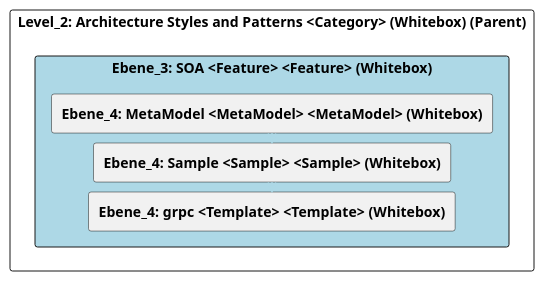
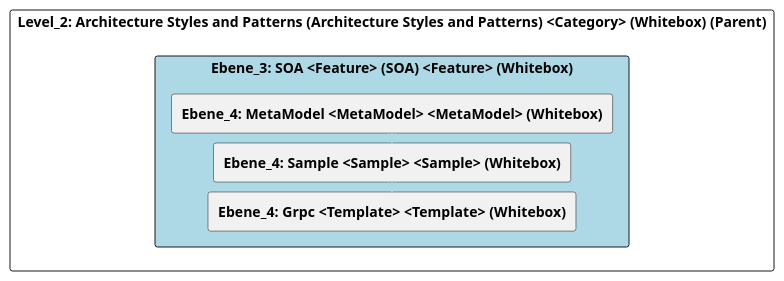
Before and after one commit to marcozwyssig/cleon: the diagram in doc/cleonproject_deliverables_architecture_model_architecture/adoc/de/05_bausteinsicht/cleon/architecture_styles_and_patterns/soa/ebene_3_soa.adoc, drawn with PlantUML. The commit also changed other lines of this file and 166 other files, not shown here.

```diff
--- a/doc/cleonproject_deliverables_architecture_model_architecture/adoc/de/05_bausteinsicht/cleon/architecture_styles_and_patterns/soa/ebene_3_soa.adoc
+++ b/doc/cleonproject_deliverables_architecture_model_architecture/adoc/de/05_bausteinsicht/cleon/architecture_styles_and_patterns/soa/ebene_3_soa.adoc
@@ -20,30 +20,30 @@
-[plantuml, Ebene_3: SOA <Feature> <Feature> (Whitebox)BlockOverview, format="svg"]
+[plantuml, Ebene_3: SOA <Feature> (SOA) <Feature> (Whitebox)BlockOverview, format="svg"]
 ----
-@startuml Ebene_3: SOA <Feature> <Feature> (Whitebox)BuildingBlockOverview
+@startuml Ebene_3: SOA <Feature> (SOA) <Feature> (Whitebox)BuildingBlockOverview
 
 skinparam ranksep 10
 skinparam componentStyle rectangle
 skinparam shadowing false
 skinparam arrowColor lightblue
 skinparam arrowThickness 1.2
 skinparam rectangle {
   BackgroundColor White
   BorderColor #333
   RoundCorner 10
 }
 top to bottom direction
 
-component "Level_2: Architecture Styles and Patterns <Category> (Whitebox) (Parent)" {
-    component "Ebene_3: SOA <Feature> <Feature> (Whitebox)" #lightblue {
+component "Level_2: Architecture Styles and Patterns (Architecture Styles and Patterns) <Category> (Whitebox) (Parent)" {
+    component "Ebene_3: SOA <Feature> (SOA) <Feature> (Whitebox)" #lightblue {
         [**Ebene_4: MetaModel <MetaModel> <MetaModel> (Whitebox)**] as 4A56DE44_D579_11EE_903E_9F564E4DE07E
         [**Ebene_4: Sample <Sample> <Sample> (Whitebox)**] as 1DD2DAA6_0414_11F0_B041_CF872C9C3703
-        [**Ebene_4: grpc <Template> <Template> (Whitebox)**] as 3C7BAB04_0414_11F0_B041_CF872C9C3703
+        [**Ebene_4: Grpc <Template> <Template> (Whitebox)**] as 3C7BAB04_0414_11F0_B041_CF872C9C3703
     }
 
     4A56DE44_D579_11EE_903E_9F564E4DE07E -down-> 1DD2DAA6_0414_11F0_B041_CF872C9C3703
     1DD2DAA6_0414_11F0_B041_CF872C9C3703 -down-> 3C7BAB04_0414_11F0_B041_CF872C9C3703
     
 }
 
 @enduml
 ----
```
